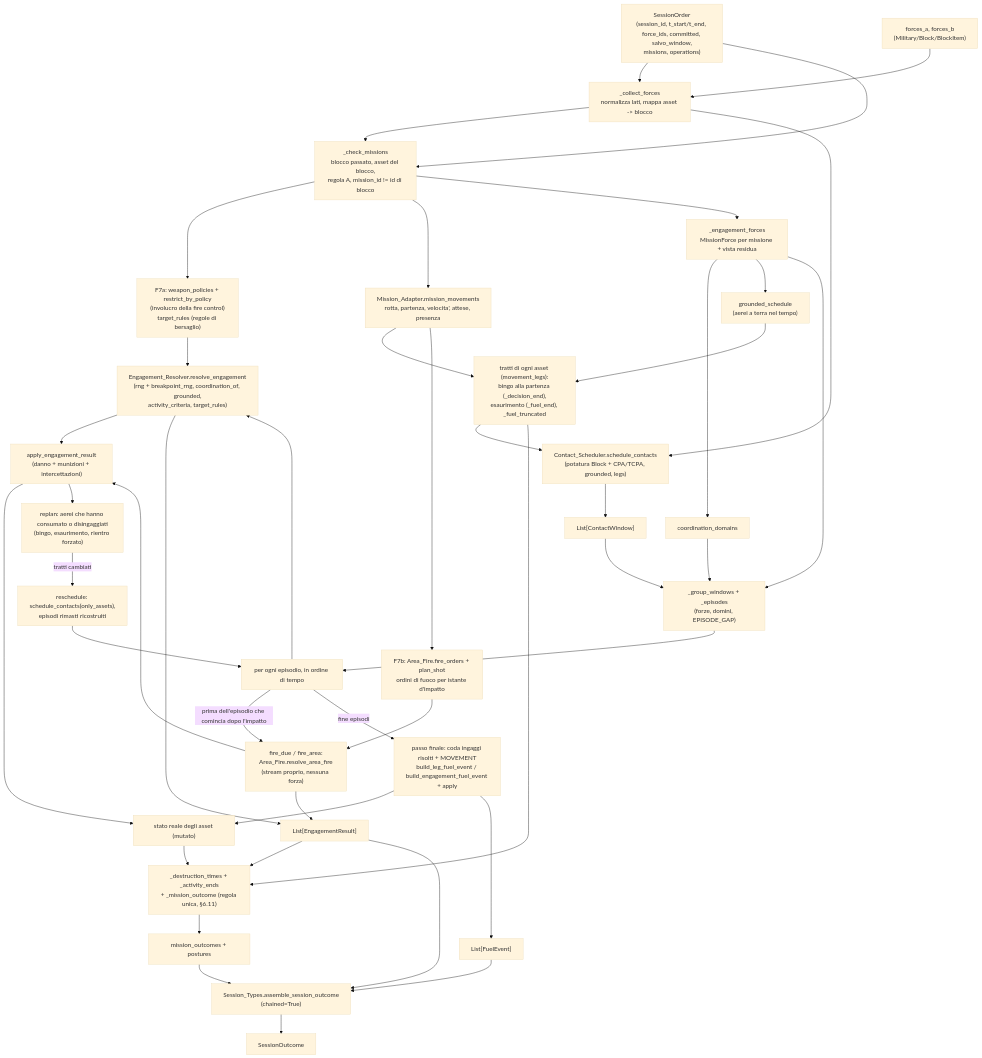
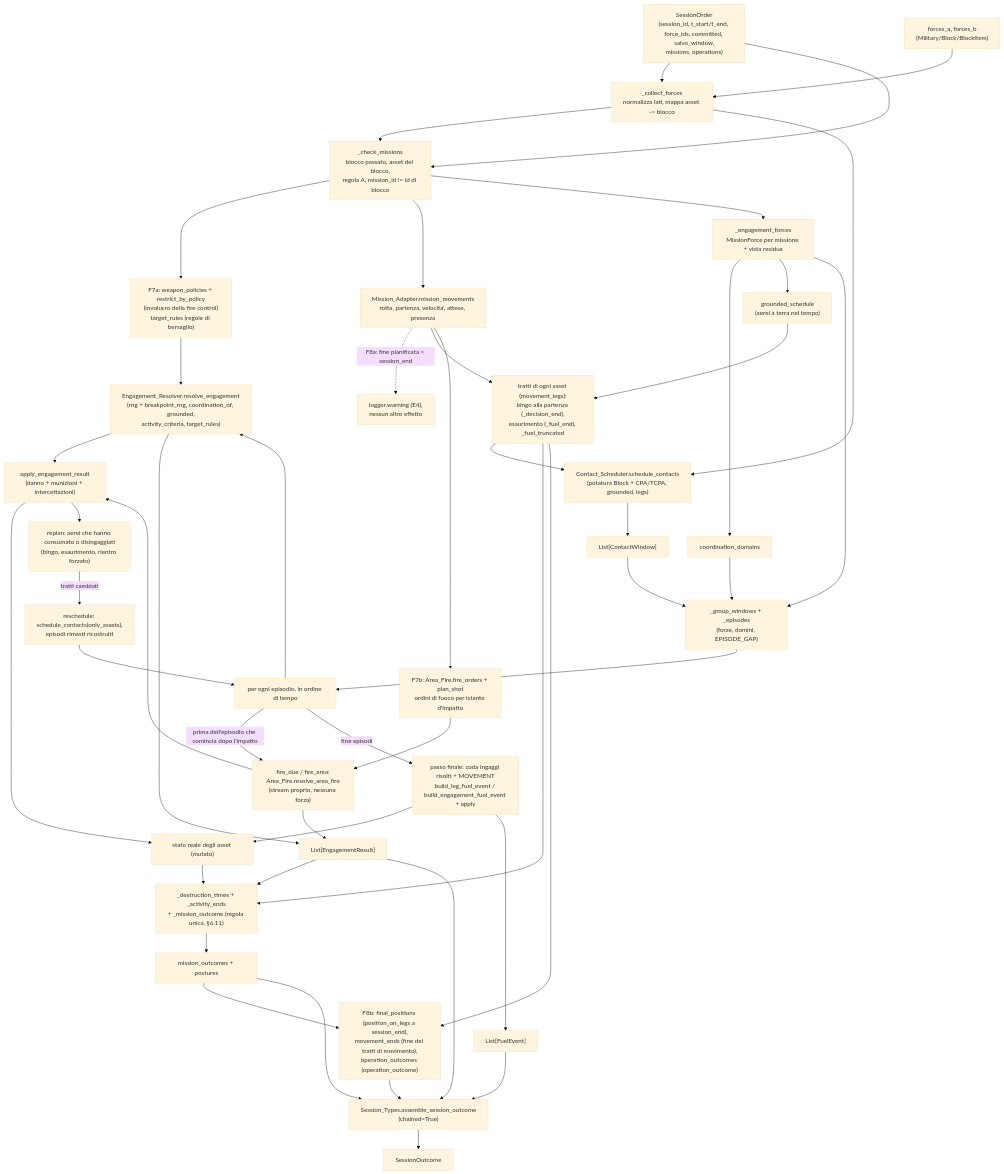
Before and after one commit to MakusIV/Warfare-Model: the first of 18 diagrams in Analysis/Document/Manuale_Motore_DES/07_Orchestratore_Session_Simulator.md, drawn with Mermaid (base theme). The commit also changed other lines of this file and 10 other files, not shown here.

````diff
--- a/Analysis/Document/Manuale_Motore_DES/07_Orchestratore_Session_Simulator.md
+++ b/Analysis/Document/Manuale_Motore_DES/07_Orchestratore_Session_Simulator.md
@@ -307,53 +343,57 @@
 ```mermaid
 flowchart TD
     ORD["SessionOrder<br/>(session_id, t_start/t_end, force_ids, committed, salvo_window,<br/>missions, operations)"]
     FORCES["forces_a, forces_b<br/>(Military/Block/BlockItem)"]
 
     ORD --> COLLECT["_collect_forces<br/>normalizza lati, mappa asset -> blocco"]
     FORCES --> COLLECT
     COLLECT --> CHECK["_check_missions<br/>blocco passato, asset del blocco,<br/>regola A, mission_id != id di blocco"]
     ORD --> CHECK
     CHECK --> POL["F7a: weapon_policies + restrict_by_policy<br/>(involucro della fire control)<br/>target_rules (regole di bersaglio)"]
     CHECK --> MA["Mission_Adapter.mission_movements<br/>rotta, partenza, velocita', attese, presenza"]
+    MA -.->|"F8a: fine pianificata > session_end"| WARN["logger.warning (E4),<br/>nessun altro effetto"]
     CHECK --> EF["_engagement_forces<br/>MissionForce per missione + vista residua"]
     EF --> DOM["coordination_domains"]
     EF --> GRD["grounded_schedule<br/>(aerei a terra nel tempo)"]
 
     MA --> LEGS["tratti di ogni asset (movement_legs):<br/>bingo alla partenza (_decision_end),<br/>esaurimento (_fuel_end), _fuel_truncated"]
     GRD --> LEGS
     LEGS --> SCHED["Contact_Scheduler.schedule_contacts<br/>(potatura Block + CPA/TCPA, grounded, legs)"]
     COLLECT --> SCHED
     SCHED --> WINDOWS["List[ContactWindow]"]
     WINDOWS --> GROUP["_group_windows + _episodes<br/>(forze, domini, EPISODE_GAP)"]
     EF --> GROUP
     DOM --> GROUP
 
     GROUP --> LOOP["per ogni episodio, in ordine di tempo"]
     MA --> AFO["F7b: Area_Fire.fire_orders + plan_shot<br/>ordini di fuoco per istante d'impatto"]
     AFO --> AFE["fire_due / fire_area:<br/>Area_Fire.resolve_area_fire<br/>(stream proprio, nessuna forza)"]
     LOOP -->|"prima dell'episodio che comincia dopo l'impatto"| AFE
     AFE --> APPLY
     LOOP --> ER["Engagement_Resolver.resolve_engagement<br/>(rng + breakpoint_rng, coordination_of, grounded,<br/>activity_criteria, target_rules)"]
     ER --> APPLY["apply_engagement_result<br/>(danno + munizioni + intercettazioni)"]
     APPLY --> STATE["stato reale degli asset (mutato)"]
     APPLY --> REPLAN["replan: aerei che hanno consumato o disingaggiati<br/>(bingo, esaurimento, rientro forzato)"]
     REPLAN -->|tratti cambiati| RESCHED["reschedule: schedule_contacts(only_assets),<br/>episodi rimasti ricostruiti"]
     RESCHED --> LOOP
 
     LOOP -->|fine episodi| FUEL["passo finale: coda ingaggi risolti + MOVEMENT<br/>build_leg_fuel_event / build_engagement_fuel_event + apply"]
     FUEL --> STATE
     POL --> ER
     ER --> RESULTS["List[EngagementResult]"]
     AFE --> RESULTS
     FUEL --> FEVENTS["List[FuelEvent]"]
 
     RESULTS --> MOUT["_destruction_times + _activity_ends<br/>+ _mission_outcome (regola unica, §6.11)"]
     LEGS --> MOUT
     STATE --> MOUT
     MOUT --> MOS["mission_outcomes + postures"]
+    LEGS --> CAMP["F8b: final_positions (position_on_legs a session_end),<br/>movement_ends (fine dei tratti di movimento),<br/>operation_outcomes (operation_outcome)"]
+    MOS --> CAMP
 
     RESULTS --> ASSEMBLE["Session_Types.assemble_session_outcome<br/>(chained=True)"]
     FEVENTS --> ASSEMBLE
     MOS --> ASSEMBLE
+    CAMP --> ASSEMBLE
     ASSEMBLE --> OUT["SessionOutcome"]
 ```
````
